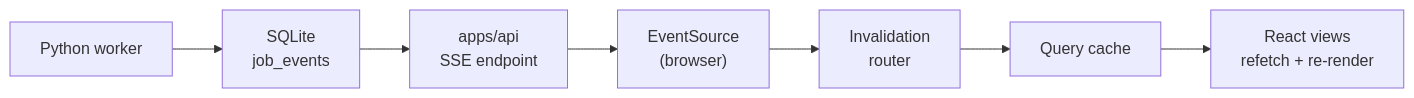
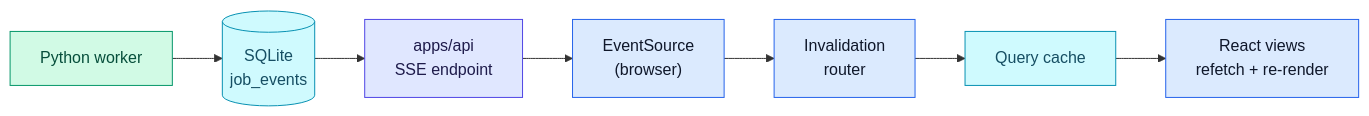
Before and after one commit to ebarti/JobCtrl: the first of 2 diagrams in docs/architecture/frontend/realtime.md, drawn with Mermaid. The commit also changed 19 other files, not shown here.

````diff
--- a/docs/architecture/frontend/realtime.md
+++ b/docs/architecture/frontend/realtime.md
@@ -15,9 +15,18 @@
 ```mermaid
 flowchart LR
-  W["Python worker"] --> DB["SQLite<br/>job_events"]
+  W["Python worker"] --> DB[("SQLite<br/>job_events")]
   DB --> API["apps/api<br/>SSE endpoint"]
   API --> ES["EventSource<br/>(browser)"]
   ES --> IR["Invalidation<br/>router"]
   IR --> QC["Query cache"]
   QC --> UI["React views<br/>refetch + re-render"]
+
+  classDef ui fill:#dbeafe,stroke:#2563eb,color:#0f172a
+  classDef ts fill:#e0e7ff,stroke:#4f46e5,color:#1e1b4b
+  classDef py fill:#d1fae5,stroke:#059669,color:#064e3b
+  classDef store fill:#cffafe,stroke:#0891b2,color:#164e63
+  class W py
+  class API ts
+  class ES,IR,UI ui
+  class DB,QC store
 ```
````
